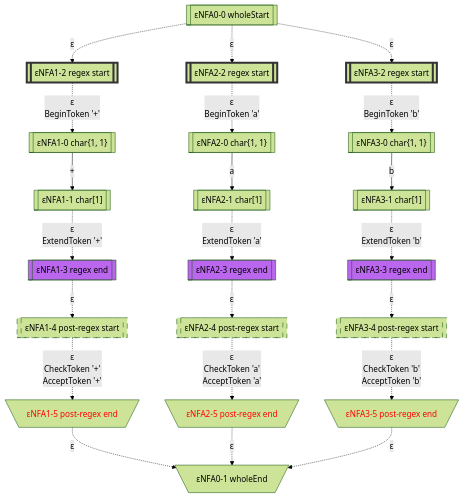
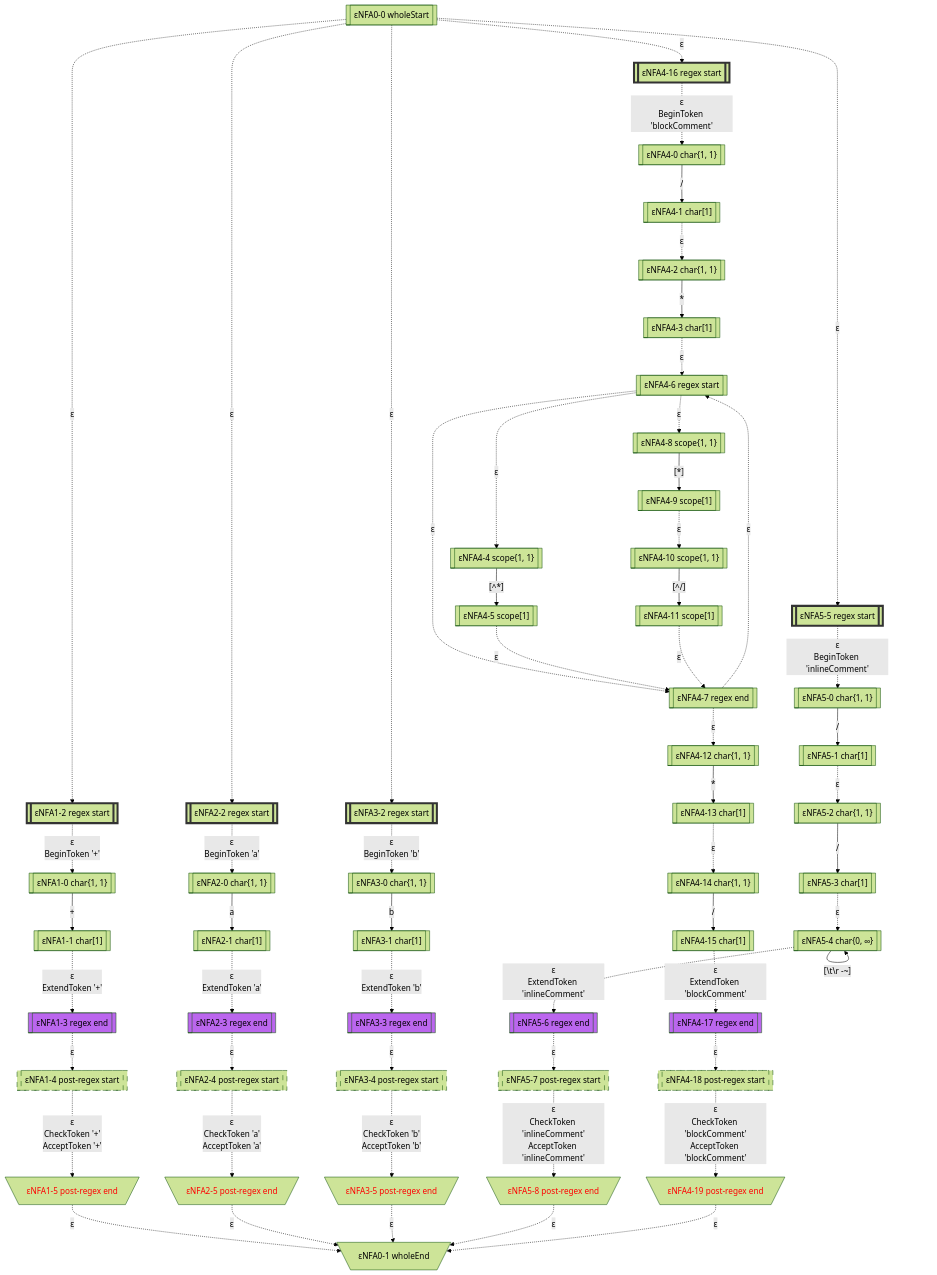
Before and after one commit to bitzhuwei/GrammarMentor: the first of 7 diagrams in Practices/Practice.GeneratedXxxFormat.Test/GeneratedABB/doc/LexicalStates.gen.md, drawn with Mermaid (forest theme). The commit also changed other lines of this file and 3868 other files, not shown here.

````diff
--- a/Practices/Practice.GeneratedXxxFormat.Test/GeneratedABB/doc/LexicalStates.gen.md
+++ b/Practices/Practice.GeneratedXxxFormat.Test/GeneratedABB/doc/LexicalStates.gen.md
@@ -17,69 +17,149 @@
 classDef c1101 stroke:#333,stroke-width:4px,fill:#BB66EE,color:#FF0000;
 classDef c1110 stroke:#333,stroke-width:4px,fill:#BB66EE,stroke-dasharray: 10 10;
 classDef c1111 stroke:#333,stroke-width:4px,fill:#BB66EE,stroke-dasharray: 10 10,color:#FF0000;
-eNFA0_0_57712780[["εNFA0-0 wholeStart"]]
-eNFA1_2_20234383[["εNFA1-2 regex start"]]
-class eNFA1_2_20234383 c1000;
-eNFA2_2_49652976[["εNFA2-2 regex start"]]
-class eNFA2_2_49652976 c1000;
-eNFA3_2_41421720[["εNFA3-2 regex start"]]
-class eNFA3_2_41421720 c1000;
-eNFA1_0_47891719[["εNFA1-0 char{1, 1}"]]
-eNFA2_0_25342185[["εNFA2-0 char{1, 1}"]]
-eNFA3_0_66824994[["εNFA3-0 char{1, 1}"]]
-eNFA1_1_28372289[["εNFA1-1 char[1]"]]
-eNFA2_1_26753075[["εNFA2-1 char[1]"]]
-eNFA3_1_64554036[["εNFA3-1 char[1]"]]
-eNFA1_3_54024015[["εNFA1-3 regex end"]]
-class eNFA1_3_54024015 c0100;
-eNFA2_3_39451090[["εNFA2-3 regex end"]]
-class eNFA2_3_39451090 c0100;
-eNFA3_3_44115416[["εNFA3-3 regex end"]]
-class eNFA3_3_44115416 c0100;
-eNFA1_4_16454088[["εNFA1-4 post-regex start"]]
-class eNFA1_4_16454088 c0010;
-eNFA2_4_19515494[["εNFA2-4 post-regex start"]]
-class eNFA2_4_19515494 c0010;
-eNFA3_4_61494432[["εNFA3-4 post-regex start"]]
-class eNFA3_4_61494432 c0010;
-eNFA1_5_13869071[\"εNFA1-5 post-regex end"/]
-class eNFA1_5_13869071 c0001;
-eNFA2_5_44223604[\"εNFA2-5 post-regex end"/]
-class eNFA2_5_44223604 c0001;
-eNFA3_5_37251161[\"εNFA3-5 post-regex end"/]
-class eNFA3_5_37251161 c0001;
-eNFA0_1_62468121[\"εNFA0-1 wholeEnd"/]
-eNFA0_0_57712780 -.->|"ε"|eNFA1_2_20234383
-eNFA0_0_57712780 -.->|"ε"|eNFA2_2_49652976
-eNFA0_0_57712780 -.->|"ε"|eNFA3_2_41421720
-eNFA1_2_20234383 -.->|"ε
-BeginToken '+'"|eNFA1_0_47891719
-eNFA2_2_49652976 -.->|"ε
-BeginToken 'a'"|eNFA2_0_25342185
-eNFA3_2_41421720 -.->|"ε
-BeginToken 'b'"|eNFA3_0_66824994
-eNFA1_0_47891719 -->|"+"|eNFA1_1_28372289
-eNFA2_0_25342185 -->|"a"|eNFA2_1_26753075
-eNFA3_0_66824994 -->|"b"|eNFA3_1_64554036
-eNFA1_1_28372289 -.->|"ε
-ExtendToken '+'"|eNFA1_3_54024015
-eNFA2_1_26753075 -.->|"ε
-ExtendToken 'a'"|eNFA2_3_39451090
-eNFA3_1_64554036 -.->|"ε
-ExtendToken 'b'"|eNFA3_3_44115416
-eNFA1_3_54024015 -.->|"ε"|eNFA1_4_16454088
-eNFA2_3_39451090 -.->|"ε"|eNFA2_4_19515494
-eNFA3_3_44115416 -.->|"ε"|eNFA3_4_61494432
-eNFA1_4_16454088 -.->|"ε
+eNFA0_0_62074597[["εNFA0-0 wholeStart"]]
+eNFA1_2_51198184[["εNFA1-2 regex start"]]
+class eNFA1_2_51198184 c1000;
+eNFA2_2_21800467[["εNFA2-2 regex start"]]
+class eNFA2_2_21800467 c1000;
+eNFA3_2_26534308[["εNFA3-2 regex start"]]
+class eNFA3_2_26534308 c1000;
+eNFA4_16_54078809[["εNFA4-16 regex start"]]
+class eNFA4_16_54078809 c1000;
+eNFA5_5_12102828[["εNFA5-5 regex start"]]
+class eNFA5_5_12102828 c1000;
+eNFA1_0_58130472[["εNFA1-0 char{1, 1}"]]
+eNFA2_0_54848996[["εNFA2-0 char{1, 1}"]]
+eNFA3_0_1795329[["εNFA3-0 char{1, 1}"]]
+eNFA4_0_18307385[["εNFA4-0 char{1, 1}"]]
+eNFA5_0_40805010[["εNFA5-0 char{1, 1}"]]
+eNFA1_1_53412201[["εNFA1-1 char[1]"]]
+eNFA2_1_23878916[["εNFA2-1 char[1]"]]
+eNFA3_1_16157963[["εNFA3-1 char[1]"]]
+eNFA4_1_51595365[["εNFA4-1 char[1]"]]
+eNFA5_1_61705107[["εNFA5-1 char[1]"]]
+eNFA1_3_10947764[["εNFA1-3 regex end"]]
+class eNFA1_3_10947764 c0100;
+eNFA2_3_13583655[["εNFA2-3 regex end"]]
+class eNFA2_3_13583655 c0100;
+eNFA3_3_11203942[["εNFA3-3 regex end"]]
+class eNFA3_3_11203942 c0100;
+eNFA4_2_18475057[["εNFA4-2 char{1, 1}"]]
+eNFA5_2_32057793[["εNFA5-2 char{1, 1}"]]
+eNFA1_4_31421019[["εNFA1-4 post-regex start"]]
+class eNFA1_4_31421019 c0010;
+eNFA2_4_55144039[["εNFA2-4 post-regex start"]]
+class eNFA2_4_55144039 c0010;
+eNFA3_4_33726620[["εNFA3-4 post-regex start"]]
+class eNFA3_4_33726620 c0010;
+eNFA4_3_540121[["εNFA4-3 char[1]"]]
+eNFA5_3_43231651[["εNFA5-3 char[1]"]]
+eNFA1_5_14353717[\"εNFA1-5 post-regex end"/]
+class eNFA1_5_14353717 c0001;
+eNFA2_5_61986480[\"εNFA2-5 post-regex end"/]
+class eNFA2_5_61986480 c0001;
+eNFA3_5_37482183[\"εNFA3-5 post-regex end"/]
+class eNFA3_5_37482183 c0001;
+eNFA4_6_35104124[["εNFA4-6 regex start"]]
+eNFA5_4_56999299[["εNFA5-4 char{0, ∞}"]]
+eNFA0_1_21007413[\"εNFA0-1 wholeEnd"/]
+eNFA4_4_24861802[["εNFA4-4 scope{1, 1}"]]
+eNFA4_8_47501665[["εNFA4-8 scope{1, 1}"]]
+eNFA4_7_22429634[["εNFA4-7 regex end"]]
+eNFA5_6_53540541[["εNFA5-6 regex end"]]
+class eNFA5_6_53540541 c0100;
+eNFA4_5_43749873[["εNFA4-5 scope[1]"]]
+eNFA4_9_21653700[["εNFA4-9 scope[1]"]]
+eNFA4_12_4861097[["εNFA4-12 char{1, 1}"]]
+eNFA5_7_31700771[["εNFA5-7 post-regex start"]]
+class eNFA5_7_31700771 c0010;
+eNFA4_10_461342[["εNFA4-10 scope{1, 1}"]]
+eNFA4_13_4152081[["εNFA4-13 char[1]"]]
+eNFA5_8_41816592[\"εNFA5-8 post-regex end"/]
+class eNFA5_8_41816592 c0001;
+eNFA4_11_58204539[["εNFA4-11 scope[1]"]]
+eNFA4_14_37368736[["εNFA4-14 char{1, 1}"]]
+eNFA4_15_30548742[["εNFA4-15 char[1]"]]
+eNFA4_17_6503226[["εNFA4-17 regex end"]]
+class eNFA4_17_6503226 c0100;
+eNFA4_18_58529038[["εNFA4-18 post-regex start"]]
+class eNFA4_18_58529038 c0010;
+eNFA4_19_16947234[\"εNFA4-19 post-regex end"/]
+class eNFA4_19_16947234 c0001;
+eNFA0_0_62074597 -.->|"ε"|eNFA1_2_51198184
+eNFA0_0_62074597 -.->|"ε"|eNFA2_2_21800467
+eNFA0_0_62074597 -.->|"ε"|eNFA3_2_26534308
+eNFA0_0_62074597 -.->|"ε"|eNFA4_16_54078809
+eNFA0_0_62074597 -.->|"ε"|eNFA5_5_12102828
+eNFA1_2_51198184 -.->|"ε
+BeginToken '+'"|eNFA1_0_58130472
+eNFA2_2_21800467 -.->|"ε
+BeginToken 'a'"|eNFA2_0_54848996
+eNFA3_2_26534308 -.->|"ε
+BeginToken 'b'"|eNFA3_0_1795329
+eNFA4_16_54078809 -.->|"ε
+BeginToken 'blockComment'"|eNFA4_0_18307385
+eNFA5_5_12102828 -.->|"ε
+BeginToken 'inlineComment'"|eNFA5_0_40805010
+eNFA1_0_58130472 -->|"+"|eNFA1_1_53412201
+eNFA2_0_54848996 -->|"a"|eNFA2_1_23878916
+eNFA3_0_1795329 -->|"b"|eNFA3_1_16157963
+eNFA4_0_18307385 -->|"/"|eNFA4_1_51595365
+eNFA5_0_40805010 -->|"/"|eNFA5_1_61705107
+eNFA1_1_53412201 -.->|"ε
+ExtendToken '+'"|eNFA1_3_10947764
+eNFA2_1_23878916 -.->|"ε
+ExtendToken 'a'"|eNFA2_3_13583655
+eNFA3_1_16157963 -.->|"ε
+ExtendToken 'b'"|eNFA3_3_11203942
+eNFA4_1_51595365 -.->|"ε"|eNFA4_2_18475057
+eNFA5_1_61705107 -.->|"ε"|eNFA5_2_32057793
+eNFA1_3_10947764 -.->|"ε"|eNFA1_4_31421019
+eNFA2_3_13583655 -.->|"ε"|eNFA2_4_55144039
+eNFA3_3_11203942 -.->|"ε"|eNFA3_4_33726620
+eNFA4_2_18475057 -->|"*"|eNFA4_3_540121
+eNFA5_2_32057793 -->|"/"|eNFA5_3_43231651
+eNFA1_4_31421019 -.->|"ε
 CheckToken '+'
-AcceptToken '+'"|eNFA1_5_13869071
-eNFA2_4_19515494 -.->|"ε
+AcceptToken '+'"|eNFA1_5_14353717
+eNFA2_4_55144039 -.->|"ε
 CheckToken 'a'
-AcceptToken 'a'"|eNFA2_5_44223604
-eNFA3_4_61494432 -.->|"ε
+AcceptToken 'a'"|eNFA2_5_61986480
+eNFA3_4_33726620 -.->|"ε
 CheckToken 'b'
-AcceptToken 'b'"|eNFA3_5_37251161
-eNFA1_5_13869071 -.->|"ε"|eNFA0_1_62468121
-eNFA2_5_44223604 -.->|"ε"|eNFA0_1_62468121
-eNFA3_5_37251161 -.->|"ε"|eNFA0_1_62468121
+AcceptToken 'b'"|eNFA3_5_37482183
+eNFA4_3_540121 -.->|"ε"|eNFA4_6_35104124
+eNFA5_3_43231651 -.->|"ε"|eNFA5_4_56999299
+eNFA1_5_14353717 -.->|"ε"|eNFA0_1_21007413
+eNFA2_5_61986480 -.->|"ε"|eNFA0_1_21007413
+eNFA3_5_37482183 -.->|"ε"|eNFA0_1_21007413
+eNFA4_6_35104124 -.->|"ε"|eNFA4_4_24861802
+eNFA4_6_35104124 -.->|"ε"|eNFA4_8_47501665
+eNFA4_6_35104124 -.->|"ε"|eNFA4_7_22429634
+eNFA5_4_56999299 -->|"[#92;t#92;r#32;-~]"|eNFA5_4_56999299
+eNFA5_4_56999299 -.->|"ε
+ExtendToken 'inlineComment'"|eNFA5_6_53540541
+eNFA4_4_24861802 -->|"[^*]"|eNFA4_5_43749873
+eNFA4_8_47501665 -->|"[*]"|eNFA4_9_21653700
+eNFA4_7_22429634 -.->|"ε"|eNFA4_6_35104124
+eNFA4_7_22429634 -.->|"ε"|eNFA4_12_4861097
+eNFA5_6_53540541 -.->|"ε"|eNFA5_7_31700771
+eNFA4_5_43749873 -.->|"ε"|eNFA4_7_22429634
+eNFA4_9_21653700 -.->|"ε"|eNFA4_10_461342
+eNFA4_12_4861097 -->|"*"|eNFA4_13_4152081
+eNFA5_7_31700771 -.->|"ε
+CheckToken 'inlineComment'
+AcceptToken 'inlineComment'"|eNFA5_8_41816592
+eNFA4_10_461342 -->|"[^/]"|eNFA4_11_58204539
+eNFA4_13_4152081 -.->|"ε"|eNFA4_14_37368736
+eNFA5_8_41816592 -.->|"ε"|eNFA0_1_21007413
+eNFA4_11_58204539 -.->|"ε"|eNFA4_7_22429634
+eNFA4_14_37368736 -->|"/"|eNFA4_15_30548742
+eNFA4_15_30548742 -.->|"ε
+ExtendToken 'blockComment'"|eNFA4_17_6503226
+eNFA4_17_6503226 -.->|"ε"|eNFA4_18_58529038
+eNFA4_18_58529038 -.->|"ε
+CheckToken 'blockComment'
+AcceptToken 'blockComment'"|eNFA4_19_16947234
+eNFA4_19_16947234 -.->|"ε"|eNFA0_1_21007413
 ```
````
